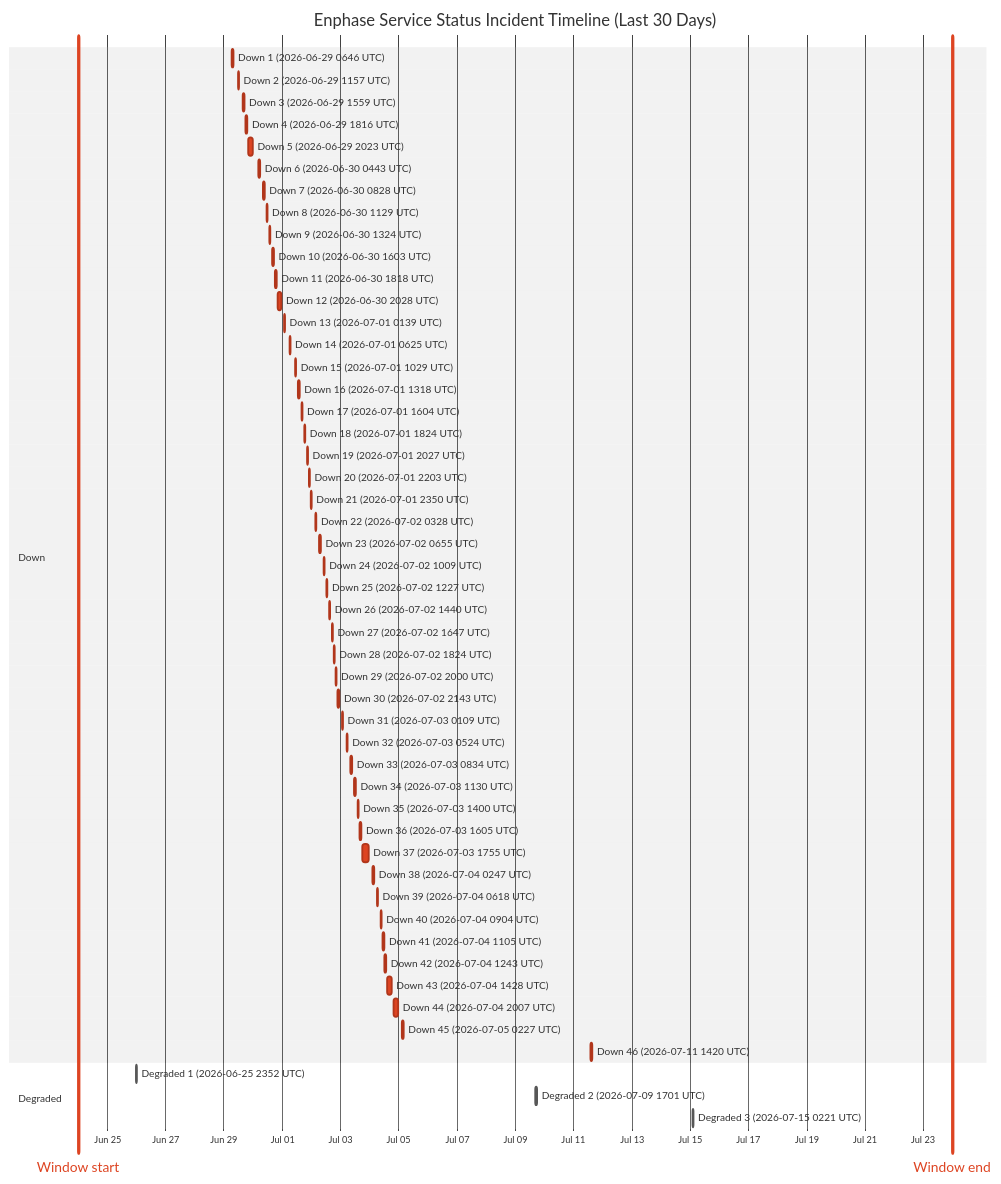
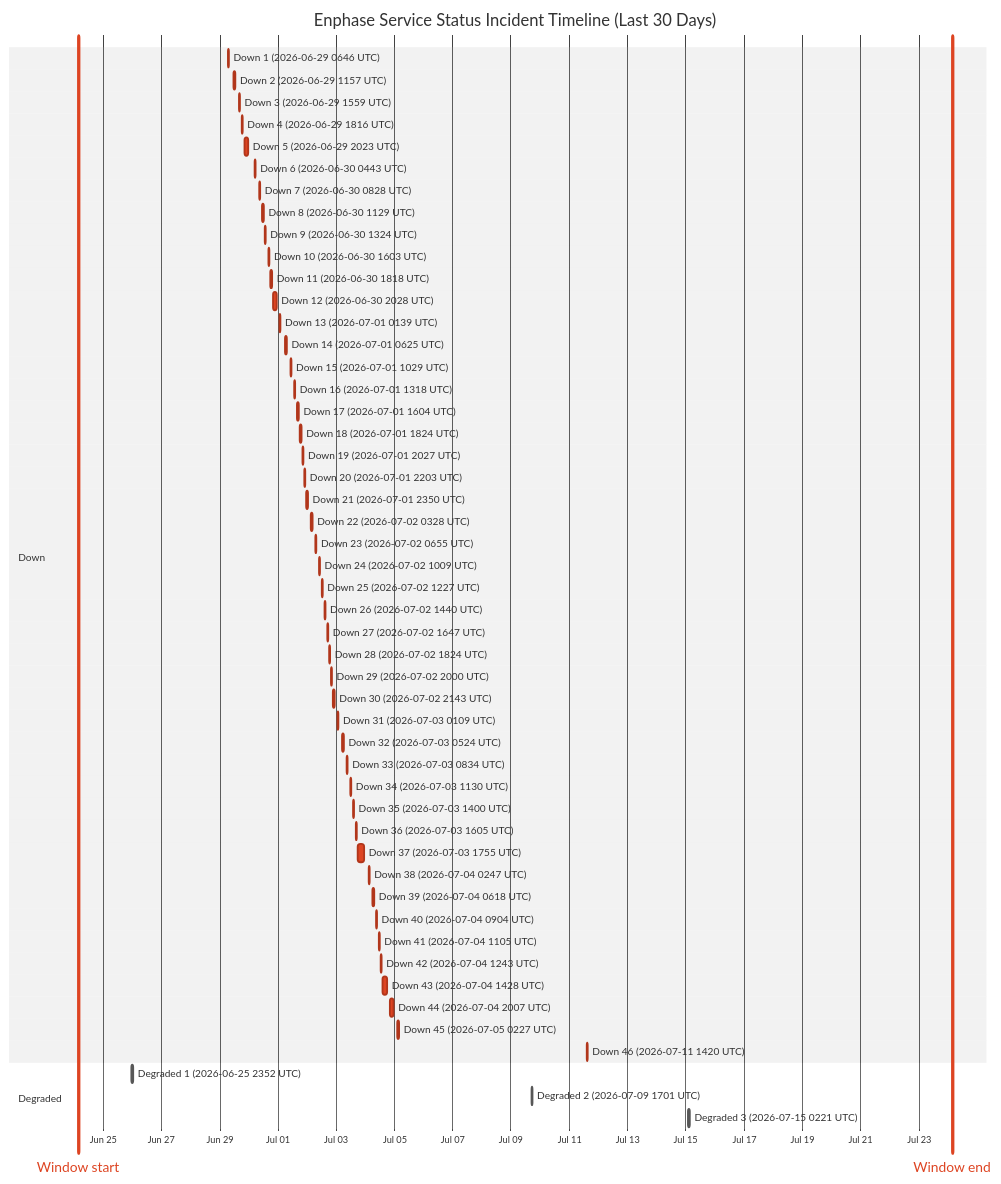
One commit to barneyonline/ha-enphase-energy changed the diagram in wiki/Service-Status-History.md. Above: the diagram before and after it, drawn with Mermaid (neutral theme). The commit also changed other lines of this file and 3 other files, not shown here.

````diff
--- a/wiki/Service-Status-History.md
+++ b/wiki/Service-Status-History.md
@@ -14,59 +14,59 @@
 ```mermaid
 gantt
     title Enphase Service Status Incident Timeline (Last 30 Days)
     dateFormat  YYYY-MM-DDTHH:mm:ss
     axisFormat  %b %d
-    Window start :vert, window-start, 2026-06-23T23:59:04, 0ms
-    Window end :vert, window-end, 2026-07-23T23:59:04, 0ms
+    Window start :vert, window-start, 2026-06-24T03:33:07, 0ms
+    Window end :vert, window-end, 2026-07-24T03:33:07, 0ms
     section Down
     Down 1 (2026-06-29 0646 UTC) :crit, down-1, 2026-06-29T06:46:18, 60m
     Down 2 (2026-06-29 1157 UTC) :crit, down-2, 2026-06-29T11:57:36, 60m
     Down 3 (2026-06-29 1559 UTC) :crit, down-3, 2026-06-29T15:59:02, 60m
     Down 4 (2026-06-29 1816 UTC) :crit, down-4, 2026-06-29T18:16:38, 60m
     Down 5 (2026-06-29 2023 UTC) :crit, down-5, 2026-06-29T20:23:16, 220m
     Down 6 (2026-06-30 0443 UTC) :crit, down-6, 2026-06-30T04:43:54, 60m
     Down 7 (2026-06-30 0828 UTC) :crit, down-7, 2026-06-30T08:28:43, 60m
     Down 8 (2026-06-30 1129 UTC) :crit, down-8, 2026-06-30T11:29:15, 60m
     Down 9 (2026-06-30 1324 UTC) :crit, down-9, 2026-06-30T13:24:25, 60m
     Down 10 (2026-06-30 1603 UTC) :crit, down-10, 2026-06-30T16:03:26, 60m
     Down 11 (2026-06-30 1818 UTC) :crit, down-11, 2026-06-30T18:18:39, 60m
     Down 12 (2026-06-30 2028 UTC) :crit, down-12, 2026-06-30T20:28:54, 171m
     Down 13 (2026-07-01 0139 UTC) :crit, down-13, 2026-07-01T01:39:18, 60m
     Down 14 (2026-07-01 0625 UTC) :crit, down-14, 2026-07-01T06:25:35, 60m
     Down 15 (2026-07-01 1029 UTC) :crit, down-15, 2026-07-01T10:29:24, 60m
     Down 16 (2026-07-01 1318 UTC) :crit, down-16, 2026-07-01T13:18:31, 60m
     Down 17 (2026-07-01 1604 UTC) :crit, down-17, 2026-07-01T16:04:29, 60m
     Down 18 (2026-07-01 1824 UTC) :crit, down-18, 2026-07-01T18:24:21, 60m
     Down 19 (2026-07-01 2027 UTC) :crit, down-19, 2026-07-01T20:27:17, 60m
     Down 20 (2026-07-01 2203 UTC) :crit, down-20, 2026-07-01T22:03:46, 60m
     Down 21 (2026-07-01 2350 UTC) :crit, down-21, 2026-07-01T23:50:52, 60m
     Down 22 (2026-07-02 0328 UTC) :crit, down-22, 2026-07-02T03:28:33, 60m
     Down 23 (2026-07-02 0655 UTC) :crit, down-23, 2026-07-02T06:55:07, 60m
     Down 24 (2026-07-02 1009 UTC) :crit, down-24, 2026-07-02T10:09:15, 60m
     Down 25 (2026-07-02 1227 UTC) :crit, down-25, 2026-07-02T12:27:49, 60m
     Down 26 (2026-07-02 1440 UTC) :crit, down-26, 2026-07-02T14:40:53, 60m
     Down 27 (2026-07-02 1647 UTC) :crit, down-27, 2026-07-02T16:47:47, 60m
     Down 28 (2026-07-02 1824 UTC) :crit, down-28, 2026-07-02T18:24:26, 60m
     Down 29 (2026-07-02 2000 UTC) :crit, down-29, 2026-07-02T20:00:57, 60m
     Down 30 (2026-07-02 2143 UTC) :crit, down-30, 2026-07-02T21:43:52, 80m
     Down 31 (2026-07-03 0109 UTC) :crit, down-31, 2026-07-03T01:09:19, 60m
     Down 32 (2026-07-03 0524 UTC) :crit, down-32, 2026-07-03T05:24:23, 60m
     Down 33 (2026-07-03 0834 UTC) :crit, down-33, 2026-07-03T08:34:05, 60m
     Down 34 (2026-07-03 1130 UTC) :crit, down-34, 2026-07-03T11:30:41, 60m
     Down 35 (2026-07-03 1400 UTC) :crit, down-35, 2026-07-03T14:00:48, 60m
     Down 36 (2026-07-03 1605 UTC) :crit, down-36, 2026-07-03T16:05:49, 60m
     Down 37 (2026-07-03 1755 UTC) :crit, down-37, 2026-07-03T17:55:54, 338m
     Down 38 (2026-07-04 0247 UTC) :crit, down-38, 2026-07-04T02:47:22, 60m
     Down 39 (2026-07-04 0618 UTC) :crit, down-39, 2026-07-04T06:18:09, 60m
     Down 40 (2026-07-04 0904 UTC) :crit, down-40, 2026-07-04T09:04:41, 60m
     Down 41 (2026-07-04 1105 UTC) :crit, down-41, 2026-07-04T11:05:21, 60m
     Down 42 (2026-07-04 1243 UTC) :crit, down-42, 2026-07-04T12:43:25, 60m
     Down 43 (2026-07-04 1428 UTC) :crit, down-43, 2026-07-04T14:28:07, 243m
     Down 44 (2026-07-04 2007 UTC) :crit, down-44, 2026-07-04T20:07:50, 206m
     Down 45 (2026-07-05 0227 UTC) :crit, down-45, 2026-07-05T02:27:32, 109m
     Down 46 (2026-07-11 1420 UTC) :crit, down-46, 2026-07-11T14:20:54, 69m
     section Degraded
     Degraded 1 (2026-06-25 2352 UTC) :active, degraded-1, 2026-06-25T23:52:01, 60m
     Degraded 2 (2026-07-09 1701 UTC) :active, degraded-2, 2026-07-09T17:01:02, 60m
     Degraded 3 (2026-07-15 0221 UTC) :active, degraded-3, 2026-07-15T02:21:35, 60m
 ```
````
